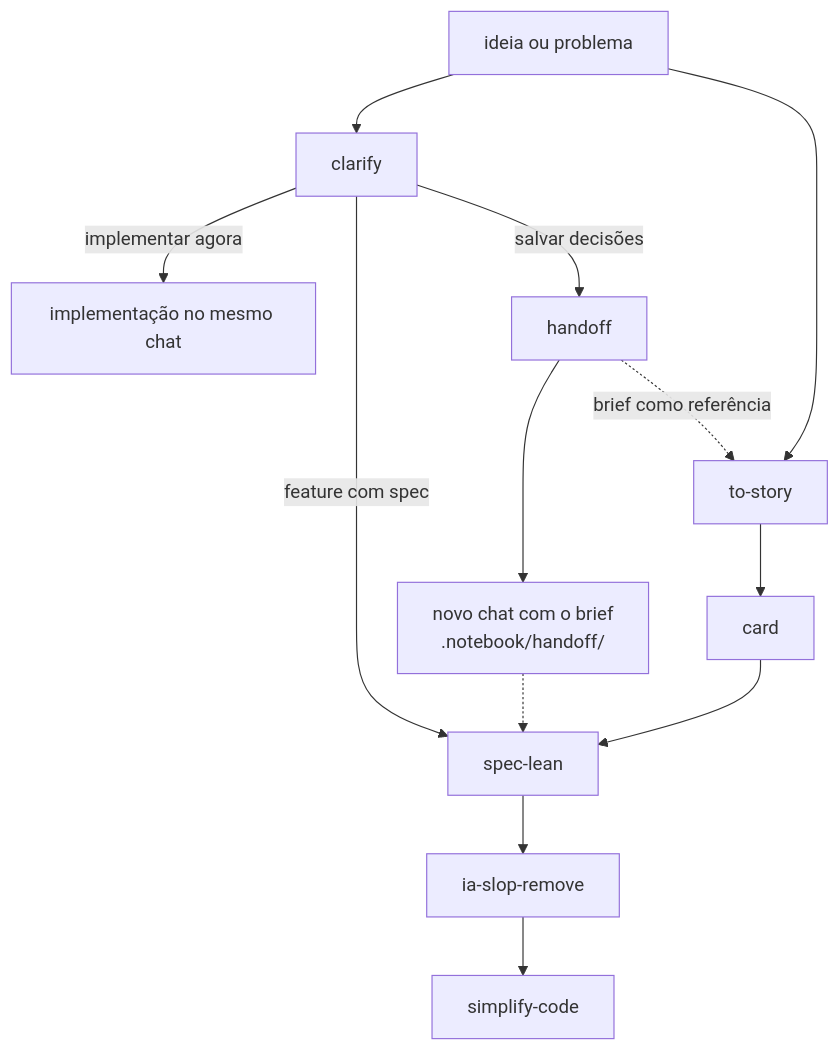
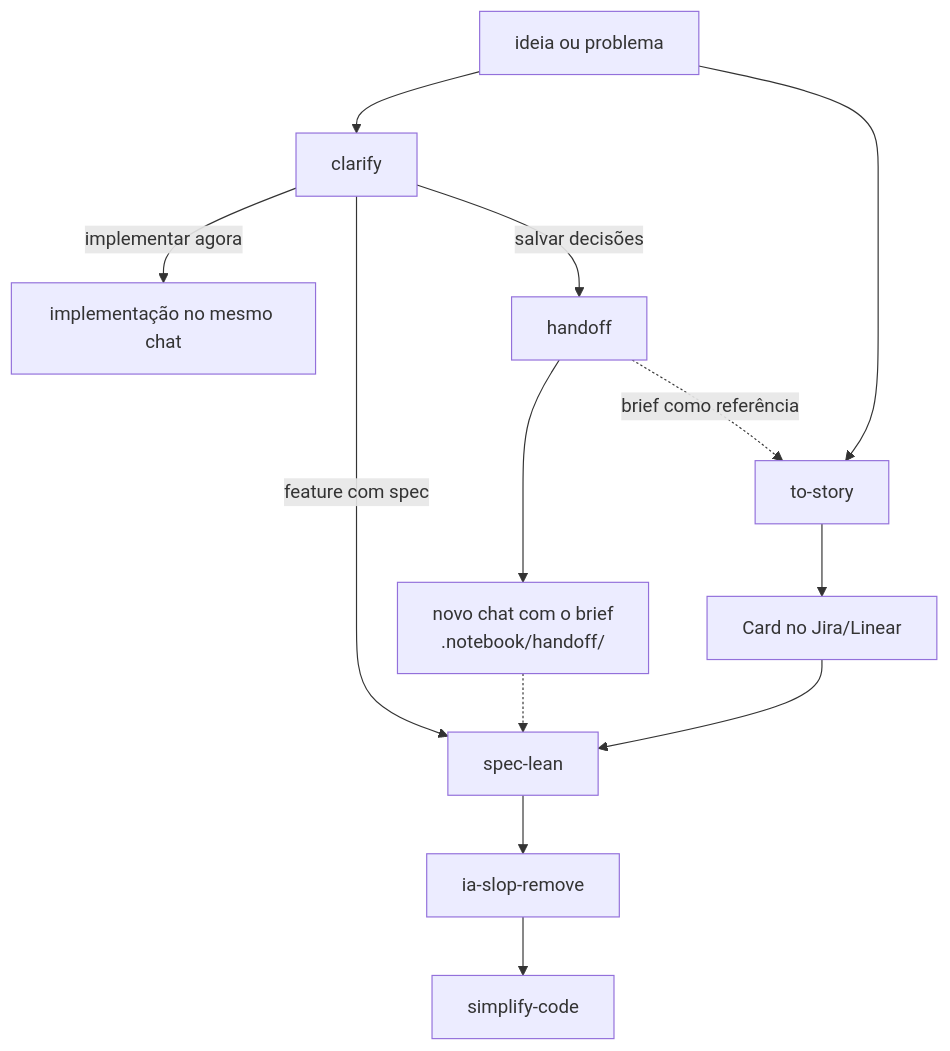
Before and after one commit to leaofelipe/ia-stuff: the diagram in README.md, drawn with Mermaid. The commit also changed other lines of this file, not shown here.

Commit message:
Name Jira and Linear as the card destination in the README flow.

````diff
--- a/README.md
+++ b/README.md
@@ -43,15 +43,15 @@
 ```mermaid
 flowchart TD
     ideia[ideia ou problema] --> clarify
     ideia --> story[to-story]
     clarify -->|implementar agora| impl[implementação no mesmo chat]
     clarify -->|feature com spec| spec[spec-lean]
     clarify -->|salvar decisões| handoff
     handoff --> novo["novo chat com o brief<br/>.notebook/handoff/"]
     novo -.-> spec
     handoff -.->|brief como referência| story
-    story --> jira[card]
+    story --> jira["Card no Jira/Linear"]
     jira --> spec
     spec --> slop[ia-slop-remove]
     slop --> simplify[simplify-code]
 ```
````
